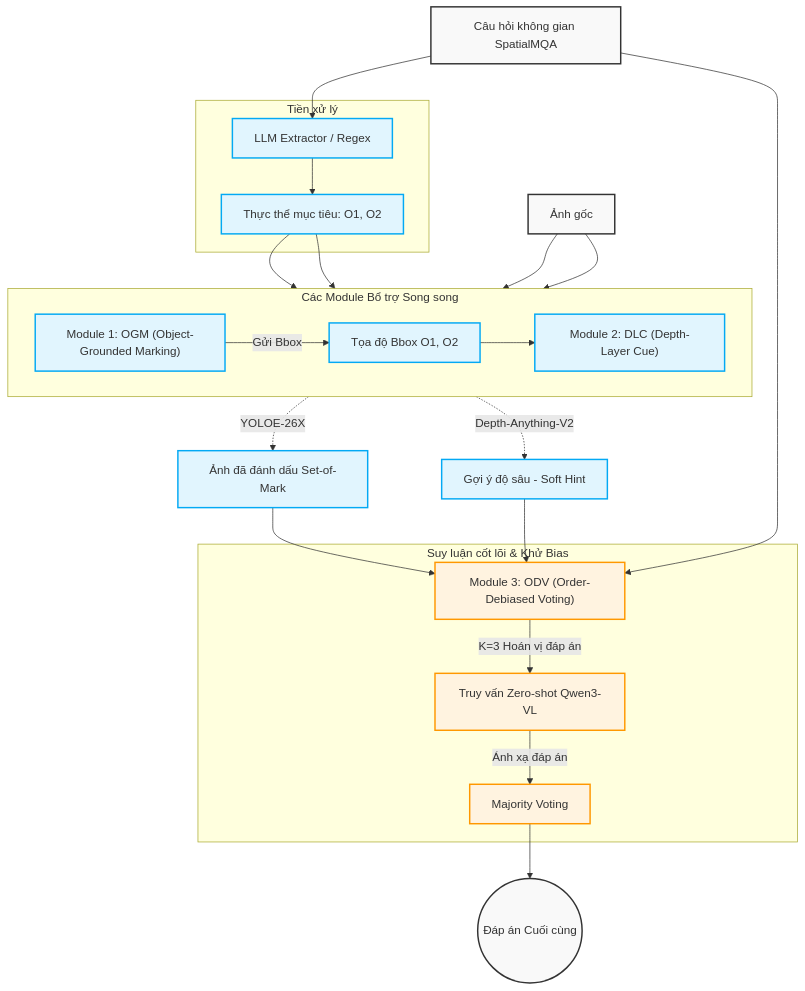
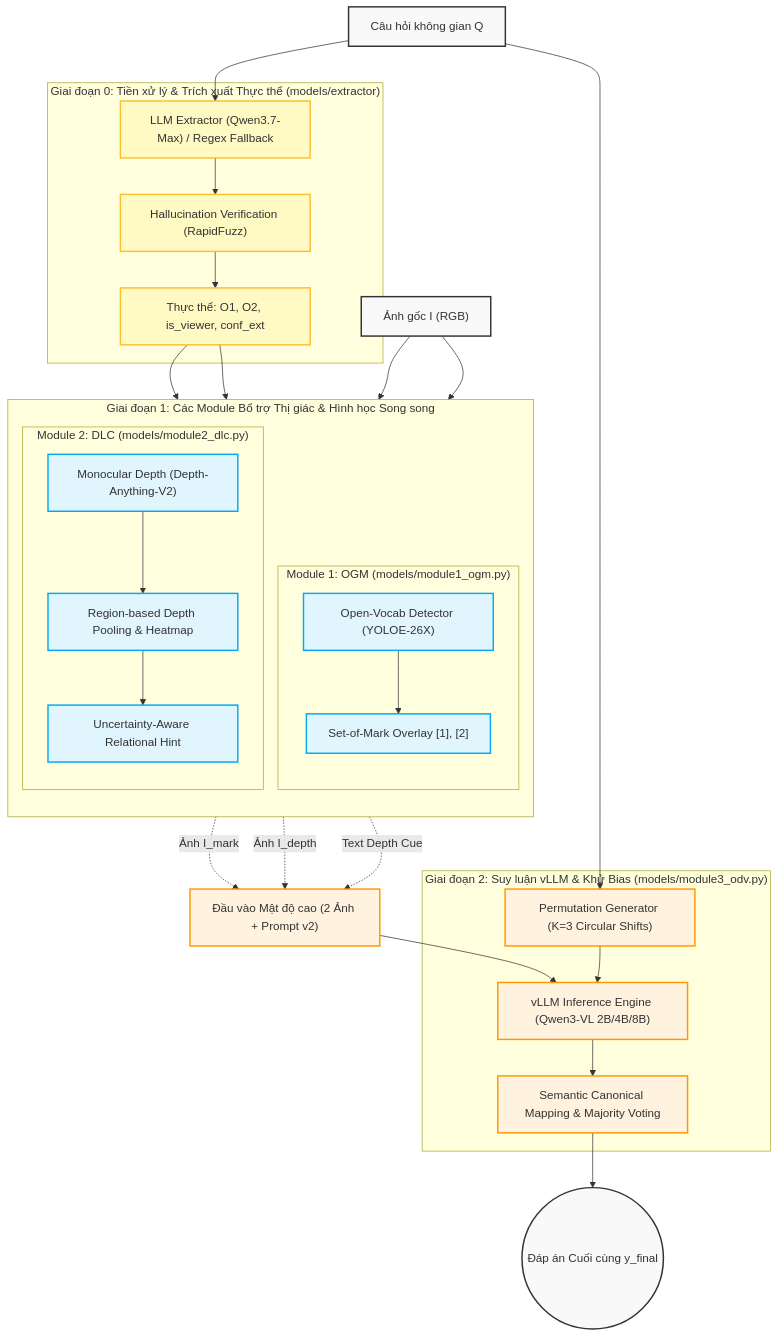
Before and after one commit to tuikhongtenbo/ASTRA: the diagram in METHOD.md, drawn with Mermaid. The commit also changed other lines of this file and 5 other files, not shown here.

Commit message:
update depth_to_bbox notebooks

````diff
--- a/METHOD.md
+++ b/METHOD.md
@@ -11,56 +29,64 @@
 ```mermaid
 flowchart TD
-    %% Định nghĩa dữ liệu đầu vào
-    Input_Image["Ảnh gốc"]
-    Input_Question["Câu hỏi không gian SpatialMQA"]
-    
-    %% Extract Entities
-    subgraph Preprocessing["Tiền xử lý"]
-        LLM_Extractor["LLM Extractor / Regex"]
-        Entities["Thực thể mục tiêu: O1, O2"]
-        LLM_Extractor --> Entities
+    %% Input
+    Input_Img["Ảnh gốc I (RGB)"]
+    Input_Q["Câu hỏi không gian Q"]
+
+    %% Extractor
+    subgraph Preprocessing["Giai đoạn 0: Tiền xử lý & Trích xuất Thực thể (models/extractor)"]
+        LLM_Ext["LLM Extractor (Qwen3.7-Max) / Regex Fallback"]
+        Verify["Hallucination Verification (RapidFuzz)"]
+        Entities["Thực thể: O1, O2, is_viewer, conf_ext"]
+        LLM_Ext --> Verify --> Entities
     end
-    
-    Input_Question --> LLM_Extractor
-    
-    %% Parallel Modules
-    subgraph Auxiliary_Modules["Các Module Bổ trợ Song song"]
-        direction LR
-        M1["Module 1: OGM (Object-Grounded Marking)"]
-        M1_Bboxes["Tọa độ Bbox O1, O2"]
-        M2["Module 2: DLC (Depth-Layer Cue)"]
-        M1 -->|"Gửi Bbox"| M1_Bboxes
-        M1_Bboxes --> M2
+
+    Input_Q --> LLM_Ext
+
+    %% Auxiliary Modules
+    subgraph Aux_Modules["Giai đoạn 1: Các Module Bổ trợ Thị giác & Hình học Song song"]
+        direction TB
+        subgraph M1_OGM["Module 1: OGM (models/module1_ogm.py)"]
+            YOLOE["Open-Vocab Detector (YOLOE-26X)"]
+            SoM["Set-of-Mark Overlay [1], [2]"]
+            YOLOE --> SoM
+        end
+        subgraph M2_DLC["Module 2: DLC (models/module2_dlc.py)"]
+            DepthAny["Monocular Depth (Depth-Anything-V2)"]
+            Pooling["Region-based Depth Pooling & Heatmap"]
+            SoftHint["Uncertainty-Aware Relational Hint"]
+            DepthAny --> Pooling --> SoftHint
+        end
     end
-    
-    Input_Image --> M1
-    Entities --> M1
-    M1 -.->|"YOLOE-26X"| Marked_Image["Ảnh đã đánh dấu Set-of-Mark"]
-    
-    Input_Image --> M2
-    Entities --> M2
-    M2 -.->|"Depth-Anything-V2"| Depth_Hint["Gợi ý độ sâu - Soft Hint"]
-    
-    %% Main VLM & Voting
-    subgraph Core_Reasoning["Suy luận cốt lõi & Khử Bias"]
-        M3["Module 3: ODV (Order-Debiased Voting)"]
-        VLM_Zero_Shot["Truy vấn Zero-shot Qwen3-VL"]
-        Voting["Majority Voting"]
-        M3 -->|"K=3 Hoán vị đáp án"| VLM_Zero_Shot
-        VLM_Zero_Shot -->|"Ánh xạ đáp án"| Voting
+
+    Input_Img --> YOLOE
+    Entities --> YOLOE
+    SoM -.->|"Ảnh I_mark"| VLM_Input
+
+    Input_Img --> DepthAny
+    Entities --> Pooling
+    Pooling -.->|"Ảnh I_depth"| VLM_Input
+    SoftHint -.->|"Text Depth Cue"| VLM_Input
+
+    %% Core Reasoning & ODV
+    subgraph Core_Reasoning["Giai đoạn 2: Suy luận vLLM & Khử Bias (models/module3_odv.py)"]
+        Perm["Permutation Generator (K=3 Circular Shifts)"]
+        vLLM["vLLM Inference Engine (Qwen3-VL 2B/4B/8B)"]
+        Vote["Semantic Canonical Mapping & Majority Voting"]
+        Perm --> vLLM --> Vote
     end
-    
-    Input_Question --> M3
-    Marked_Image --> M3
-    Depth_Hint --> M3
-    Voting --> Final_Answer(("Đáp án Cuối cùng"))
-    
+
+    Input_Q --> Perm
+    VLM_Input["Đầu vào Mật độ cao (2 Ảnh + Prompt v2)"] --> vLLM
+    Vote --> Final_Ans(("Đáp án Cuối cùng y_final"))
+
     %% Styling
     classDef io fill:#f9f9f9,stroke:#333,stroke-width:2px;
-    classDef module fill:#e1f5fe,stroke:#03a9f4,stroke-width:2px;
+    classDef prep fill:#fff9c4,stroke:#fbc02d,stroke-width:2px;
+    classDef mod fill:#e1f5fe,stroke:#03a9f4,stroke-width:2px;
     classDef core fill:#fff3e0,stroke:#ff9800,stroke-width:2px;
-    
-    class Input_Image,Input_Question,Final_Answer io;
-    class M1,M2,M1_Bboxes,LLM_Extractor,Entities,Marked_Image,Depth_Hint module;
-    class M3,VLM_Zero_Shot,Voting core;
+
+    class Input_Img,Input_Q,Final_Ans io;
+    class LLM_Ext,Verify,Entities prep;
+    class YOLOE,SoM,DepthAny,Pooling,SoftHint mod;
+    class Perm,vLLM,Vote,VLM_Input core;
 ```
````
